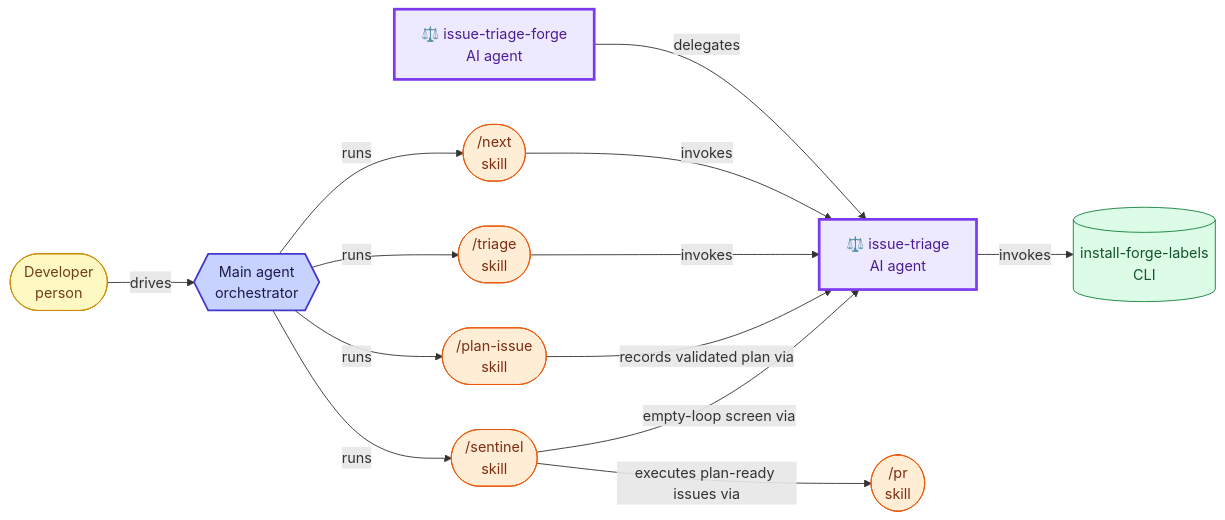
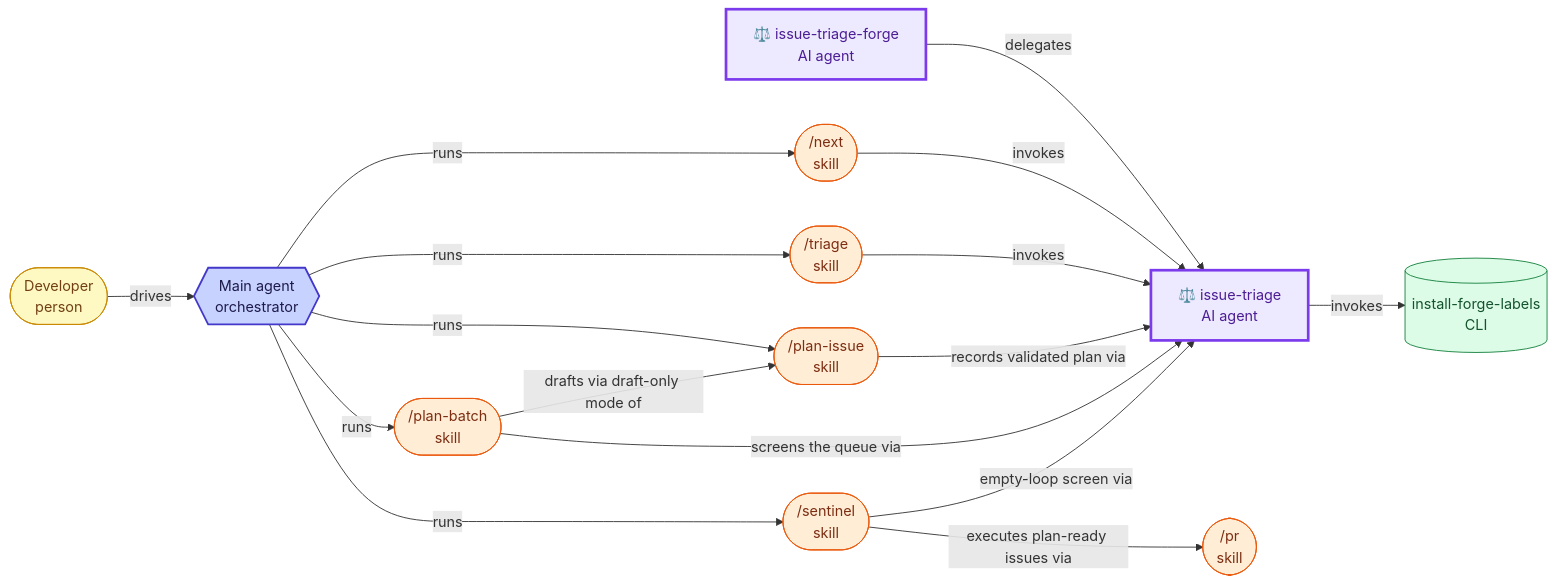
The fifth of 7 diagrams in docs/agent-architecture.md (misnaej/forge), drawn with Mermaid before and after one commit. The commit also changed 10 other files, not shown here.

First line of the commit message:
feat(plan): coordinator skill, decision-relay contract, no sign-off claims

````diff
--- a/docs/agent-architecture.md
+++ b/docs/agent-architecture.md
@@ -323,46 +323,51 @@
 ```mermaid
 graph LR
   classDef person fill:#fef9c3,stroke:#ca8a04,color:#713f12
   classDef agent fill:#ede9fe,stroke:#7c3aed,color:#4c1d95
   classDef skill fill:#ffedd5,stroke:#ea580c,color:#7c2d12
   classDef hook fill:#fee2e2,stroke:#dc2626,color:#7f1d1d
   classDef cli fill:#dcfce7,stroke:#15803d,color:#14532d
   classDef policy fill:#f1f5f9,stroke:#64748b,color:#334155
   classDef orchestrator fill:#c7d2fe,stroke:#4338ca,color:#1e1b4b,stroke-width:2px
   classDef reporter stroke-dasharray:5 3
   classDef mutator stroke-width:3px
   human(["Developer<br/>person"])
   main_agent{{"Main agent<br/>orchestrator"}}
   human -->|drives| main_agent
   cli_install_forge_labels[("install-forge-labels<br/>CLI")]
   issue_triage["⚖️ issue-triage<br/>AI agent"]
   issue_triage_forge["⚖️ issue-triage-forge<br/>AI agent"]
   sk_next(["/next<br/>skill"])
   sk_triage(["/triage<br/>skill"])
   sk_plan_issue(["/plan-issue<br/>skill"])
+  sk_plan_batch(["/plan-batch<br/>skill"])
   sk_sentinel(["/sentinel<br/>skill"])
   sk_pr(["/pr<br/>skill"])
   main_agent -->|runs| sk_next
   main_agent -->|runs| sk_triage
   main_agent -->|runs| sk_plan_issue
+  main_agent -->|runs| sk_plan_batch
   main_agent -->|runs| sk_sentinel
   issue_triage_forge -->|delegates| issue_triage
   sk_next -->|invokes| issue_triage
   sk_triage -->|invokes| issue_triage
   sk_plan_issue -->|records validated plan via| issue_triage
+  sk_plan_batch -->|screens the queue via| issue_triage
+  sk_plan_batch -->|drafts via draft-only mode of| sk_plan_issue
   sk_sentinel -->|executes plan-ready issues via| sk_pr
   sk_sentinel -->|empty-loop screen via| issue_triage
   issue_triage -->|invokes| cli_install_forge_labels
   class human person
   class main_agent orchestrator
   class cli_install_forge_labels cli
   class issue_triage agent
   class issue_triage mutator
   class issue_triage_forge agent
   class issue_triage_forge mutator
   class sk_next skill
   class sk_triage skill
   class sk_plan_issue skill
+  class sk_plan_batch skill
   class sk_sentinel skill
   class sk_pr skill
 ```
````
